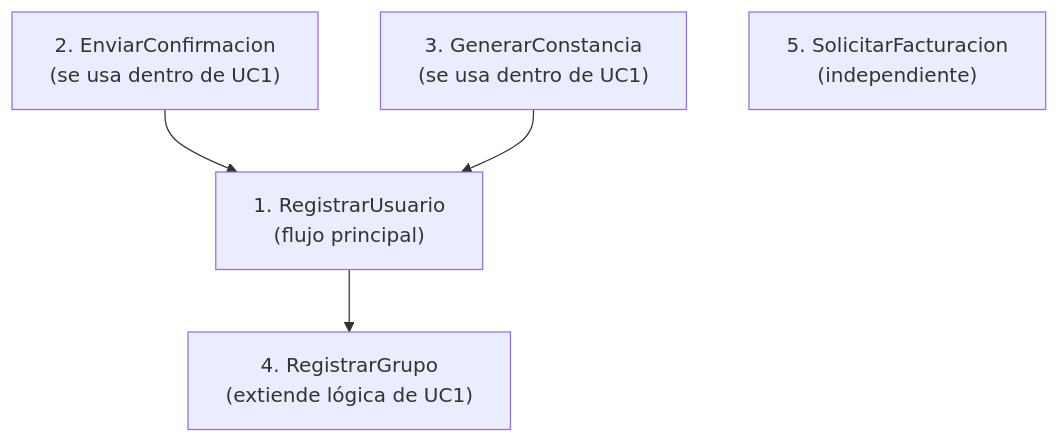
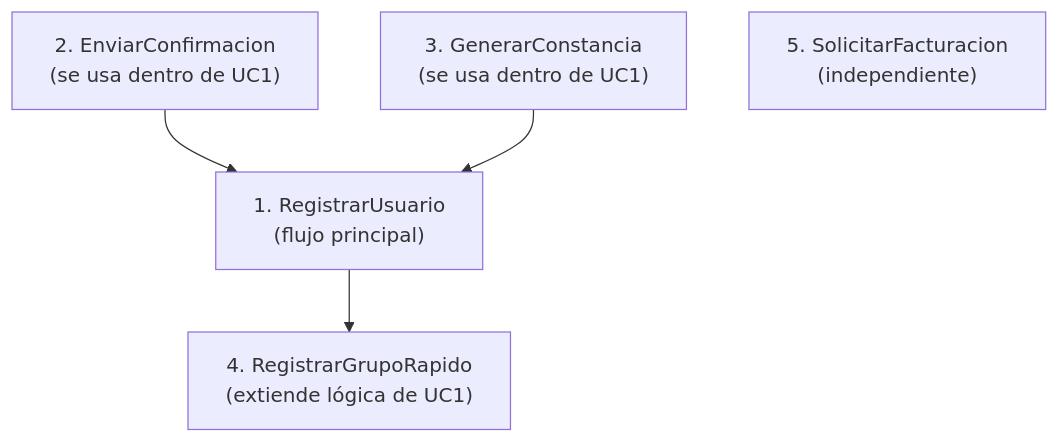
One commit to iKinoo/aniei-registro-2026 changed the fourth of 5 diagrams in docs/PLAN.md. Above: the diagram before and after it, drawn with Mermaid. The commit also changed other lines of this file and 7 other files, not shown here.

Commit message:
refactor: group registration flow to use RegistrarGrupoRapido and remove legacy components

````diff
--- a/docs/PLAN.md
+++ b/docs/PLAN.md
@@ -602,12 +602,12 @@
 ```mermaid
 graph TD
     UC1["1. RegistrarUsuario<br/>(flujo principal)"] 
     UC2["2. EnviarConfirmacion<br/>(se usa dentro de UC1)"]
     UC3["3. GenerarConstancia<br/>(se usa dentro de UC1)"]
-    UC4["4. RegistrarGrupo<br/>(extiende lógica de UC1)"]
+    UC4["4. RegistrarGrupoRapido<br/>(extiende lógica de UC1)"]
     UC5["5. SolicitarFacturacion<br/>(independiente)"]
 
     UC2 --> UC1
     UC3 --> UC1
     UC1 --> UC4
 ```
````
